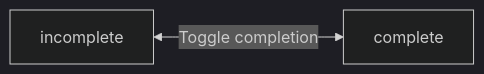
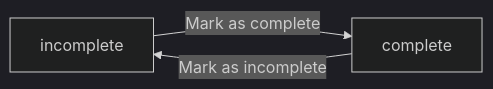
The second of 3 diagrams in qwen/qwen3.5-397b-a17b/todo/docs/analysis/02-domain-model.md (wrtnlabs/autobe-examples), drawn with Mermaid (dark theme) before and after one commit. The commit also changed other lines of this file and 32093 other files, not shown here.

````diff
--- a/qwen/qwen3.5-397b-a17b/todo/docs/analysis/02-domain-model.md
+++ b/qwen/qwen3.5-397b-a17b/todo/docs/analysis/02-domain-model.md
@@ -233,4 +188,5 @@
 ```mermaid
 flowchart LR
-    A["incomplete"] <-->|"Toggle completion"| B["complete"]
+    A["incomplete"] -->|"Mark as complete"| B["complete"]
+    B -->|"Mark as incomplete"| A
 ```
````
